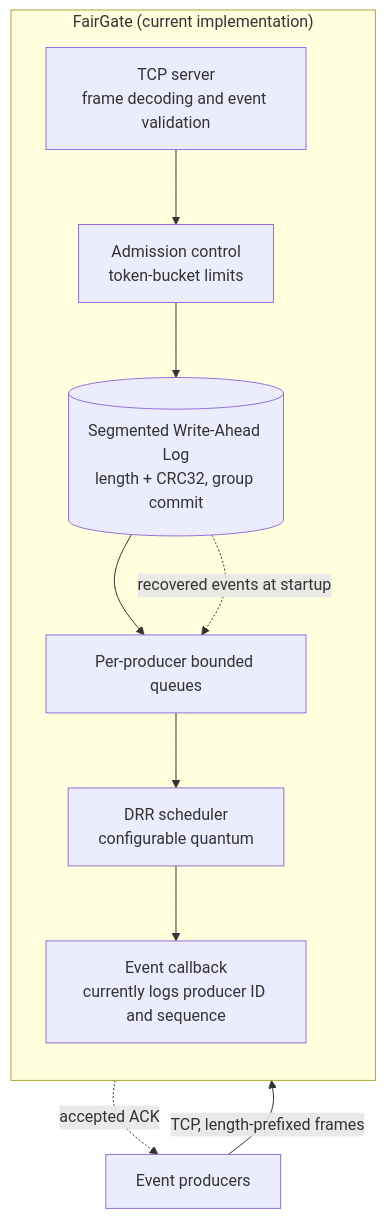
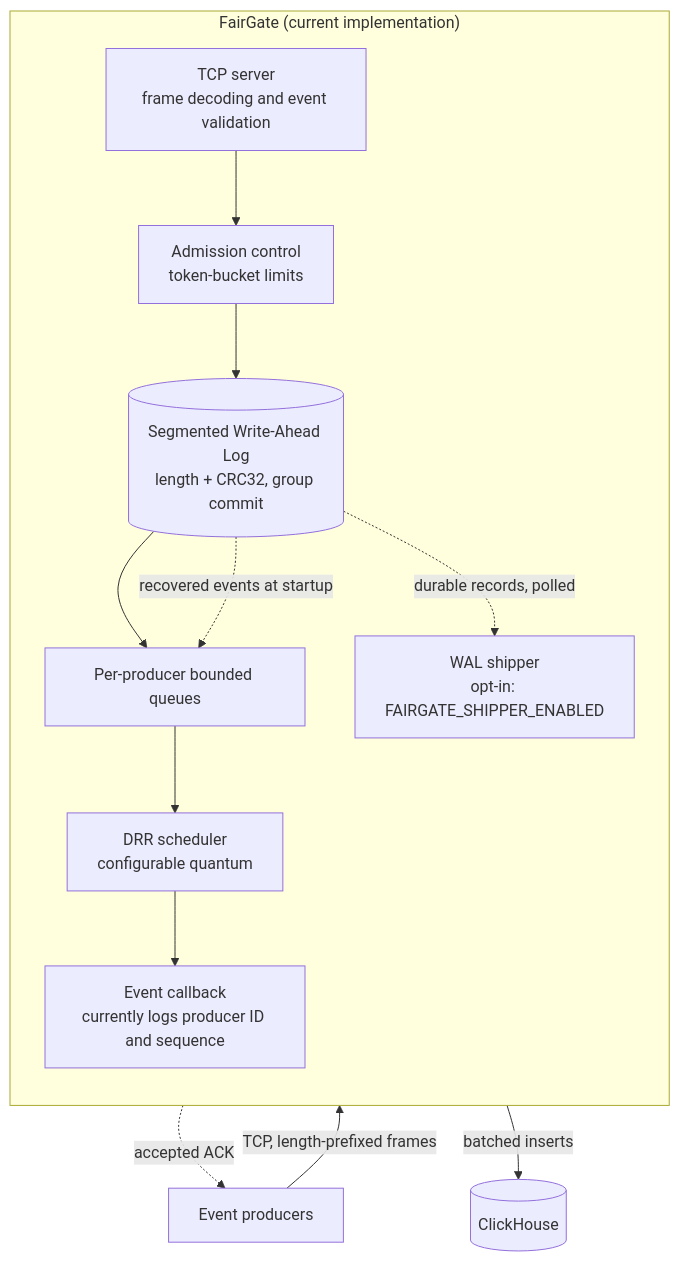
The first of 14 diagrams in README.md (PratyushVishal11011/Fairgate), drawn with Mermaid before and after one commit. The commit also changed other lines of this file and 4 other files, not shown here.

````diff
--- a/README.md
+++ b/README.md
@@ -158,23 +168,26 @@
 ```mermaid
 flowchart TD
     P["Event producers"] -->|"TCP, length-prefixed frames"| S
 
     subgraph GW["FairGate (current implementation)"]
         direction TB
         S["TCP server<br/>frame decoding and event validation"]
         A["Admission control<br/>token-bucket limits"]
         W[("Segmented Write-Ahead Log<br/>length + CRC32, group commit")]
         Q["Per-producer bounded queues"]
         D["DRR scheduler<br/>configurable quantum"]
         C["Event callback<br/>currently logs producer ID and sequence"]
+        SH["WAL shipper<br/>opt-in: FAIRGATE_SHIPPER_ENABLED"]
 
         S --> A
         A --> W
         W --> Q
         Q --> D
         D --> C
         W -.->|"recovered events at startup"| Q
+        W -.->|"durable records, polled"| SH
     end
 
     Q -.->|"accepted ACK"| P
+    SH -->|"batched inserts"| CHDB[("ClickHouse")]
 ```
````
